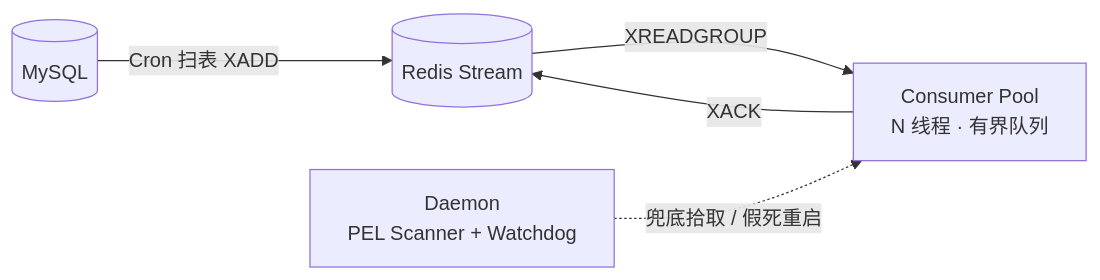
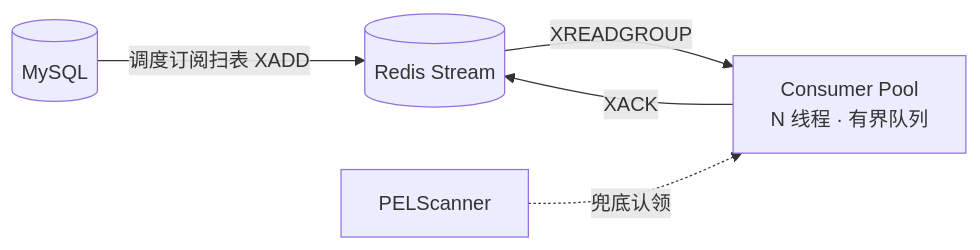
Before and after one commit to katherineliu2102/Intelligent-Collection-V1: the second of 3 diagrams in docs/MOCASA催收系统升级_Phase1_基础设施交互规范.md, drawn with Mermaid. The commit also changed other lines of this file and 107 other files, not shown here.

````diff
--- a/docs/MOCASA催收系统升级_Phase1_基础设施交互规范.md
+++ b/docs/MOCASA催收系统升级_Phase1_基础设施交互规范.md
@@ -112,7 +95,7 @@
 ```mermaid
 flowchart LR
-  DB[(MySQL)] -->|Cron 扫表 XADD| Stream[(Redis Stream)]
+  DB[(MySQL)] -->|调度订阅扫表 XADD| Stream[(Redis Stream)]
   Stream -->|XREADGROUP| Consumer[Consumer Pool\nN 线程 · 有界队列]
   Consumer -->|XACK| Stream
-  Daemon[Daemon\nPEL Scanner + Watchdog] -.->|兜底拾取 / 假死重启| Consumer
+  PelScanner[PELScanner] -.->|兜底认领| Consumer
 ```
````
